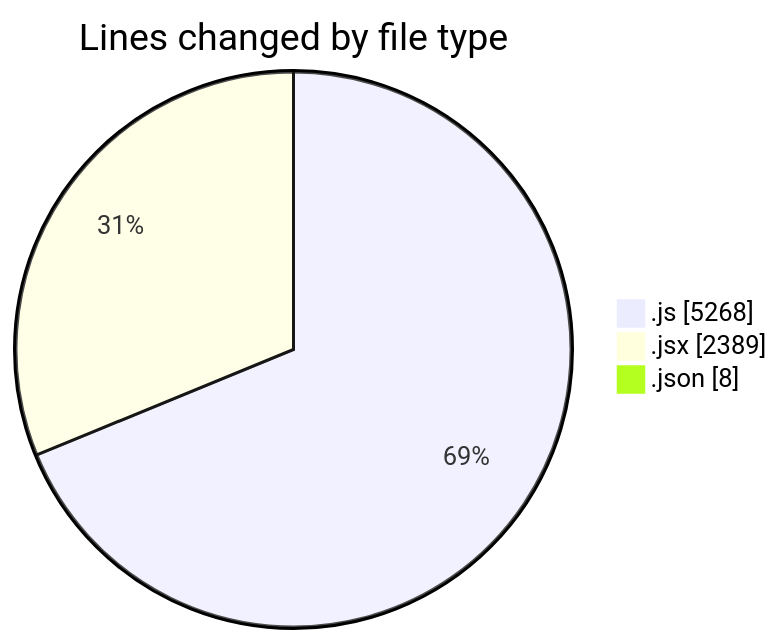
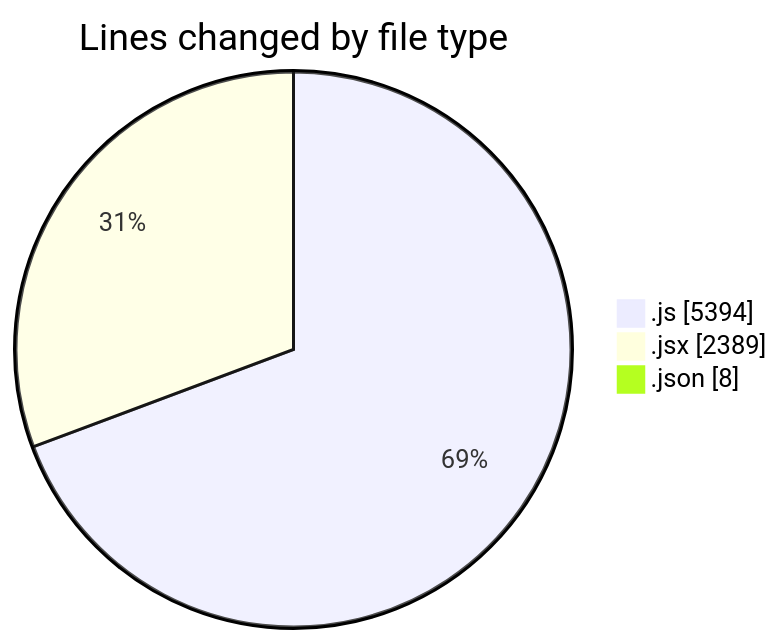
One commit to nxtqubesakshisongat/code-tracking changed the first of 2 diagrams in 2025-07-23/nxtqube_webapp/README.md. Above: the diagram before and after it, drawn with Mermaid. The commit also changed other lines of this file and 1 other file, not shown here.

````diff
--- a/2025-07-23/nxtqube_webapp/README.md
+++ b/2025-07-23/nxtqube_webapp/README.md
@@ -52,7 +54,7 @@
 ```mermaid
 pie showData
 title Lines changed by file type
-".js" : 5268
+".js" : 5394
 ".jsx" : 2389
 ".json" : 8
 ```
````
